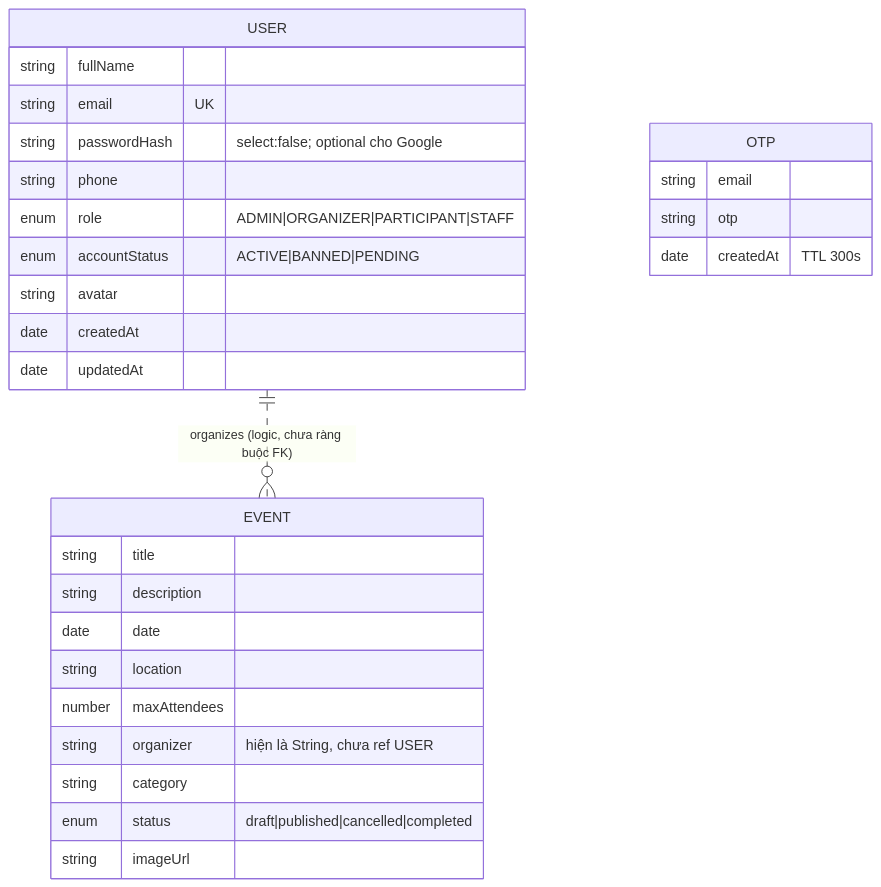
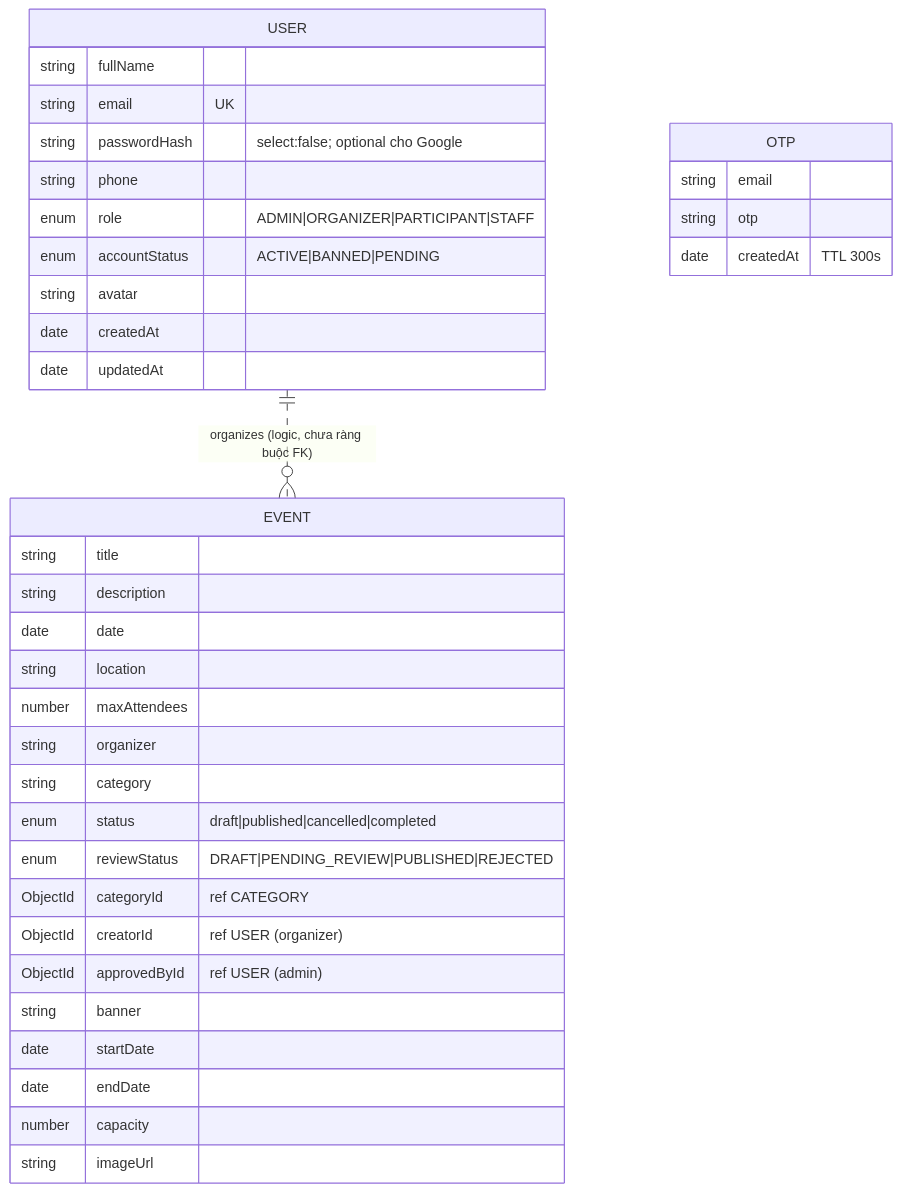
One commit to tunanhz/Event_Management changed the sixth of 7 diagrams in docs/system-architecture.md. Above: the diagram before and after it, drawn with Mermaid. The commit also changed other lines of this file and 12 other files, not shown here.

````diff
--- a/docs/system-architecture.md
+++ b/docs/system-architecture.md
@@ -160,31 +164,39 @@
 ```mermaid
 erDiagram
   USER {
     string fullName
     string email UK
     string passwordHash "select:false; optional cho Google"
     string phone
     enum   role "ADMIN|ORGANIZER|PARTICIPANT|STAFF"
     enum   accountStatus "ACTIVE|BANNED|PENDING"
     string avatar
     date   createdAt
     date   updatedAt
   }
   OTP {
     string email
     string otp
     date   createdAt "TTL 300s"
   }
   EVENT {
     string title
     string description
     date   date
     string location
     number maxAttendees
-    string organizer "hiện là String, chưa ref USER"
+    string organizer
     string category
     enum   status "draft|published|cancelled|completed"
+    enum   reviewStatus "DRAFT|PENDING_REVIEW|PUBLISHED|REJECTED"
+    ObjectId categoryId "ref CATEGORY"
+    ObjectId creatorId "ref USER (organizer)"
+    ObjectId approvedById "ref USER (admin)"
+    string banner
+    date   startDate
+    date   endDate
+    number capacity
     string imageUrl
   }
   USER ||..o{ EVENT : "organizes (logic, chưa ràng buộc FK)"
 ```
````
